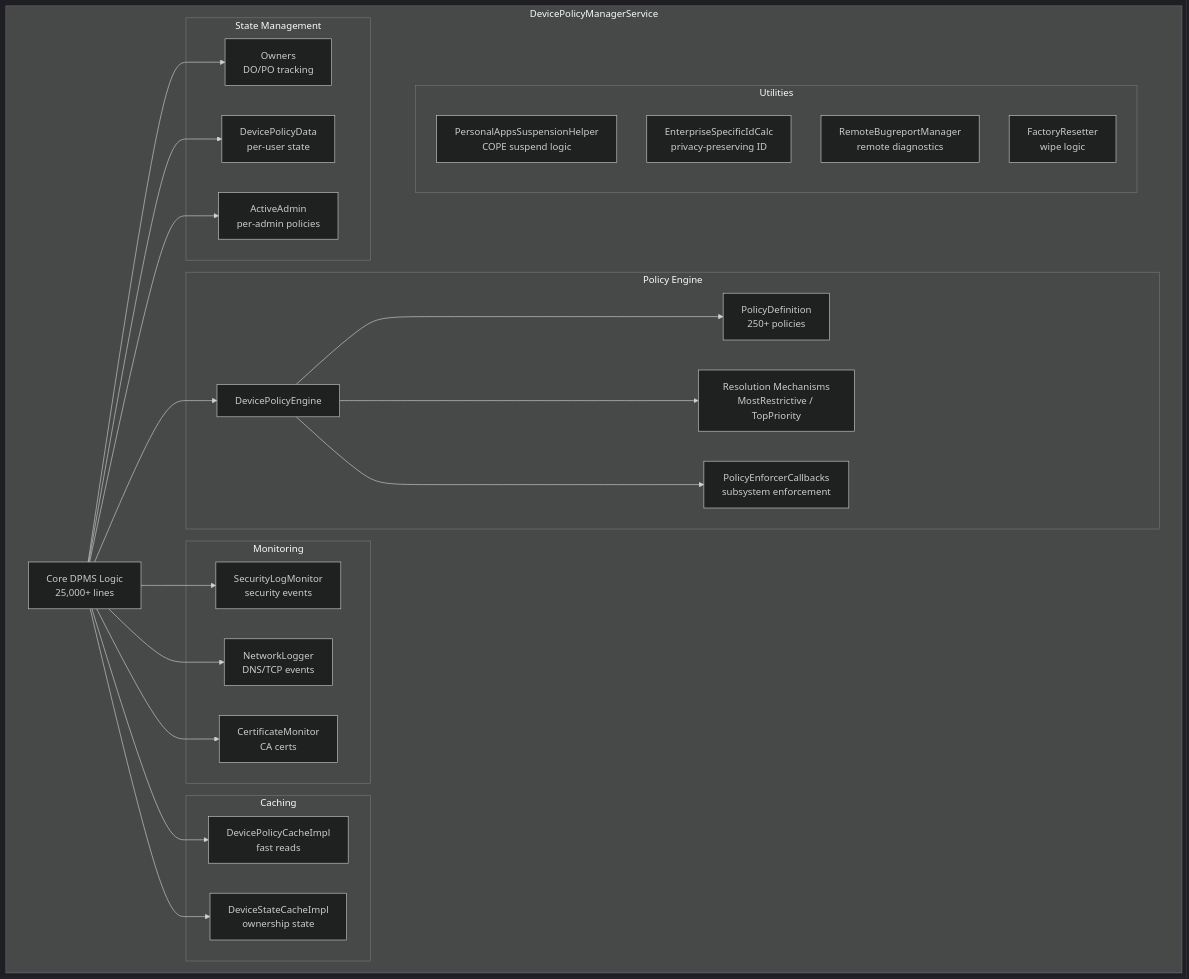
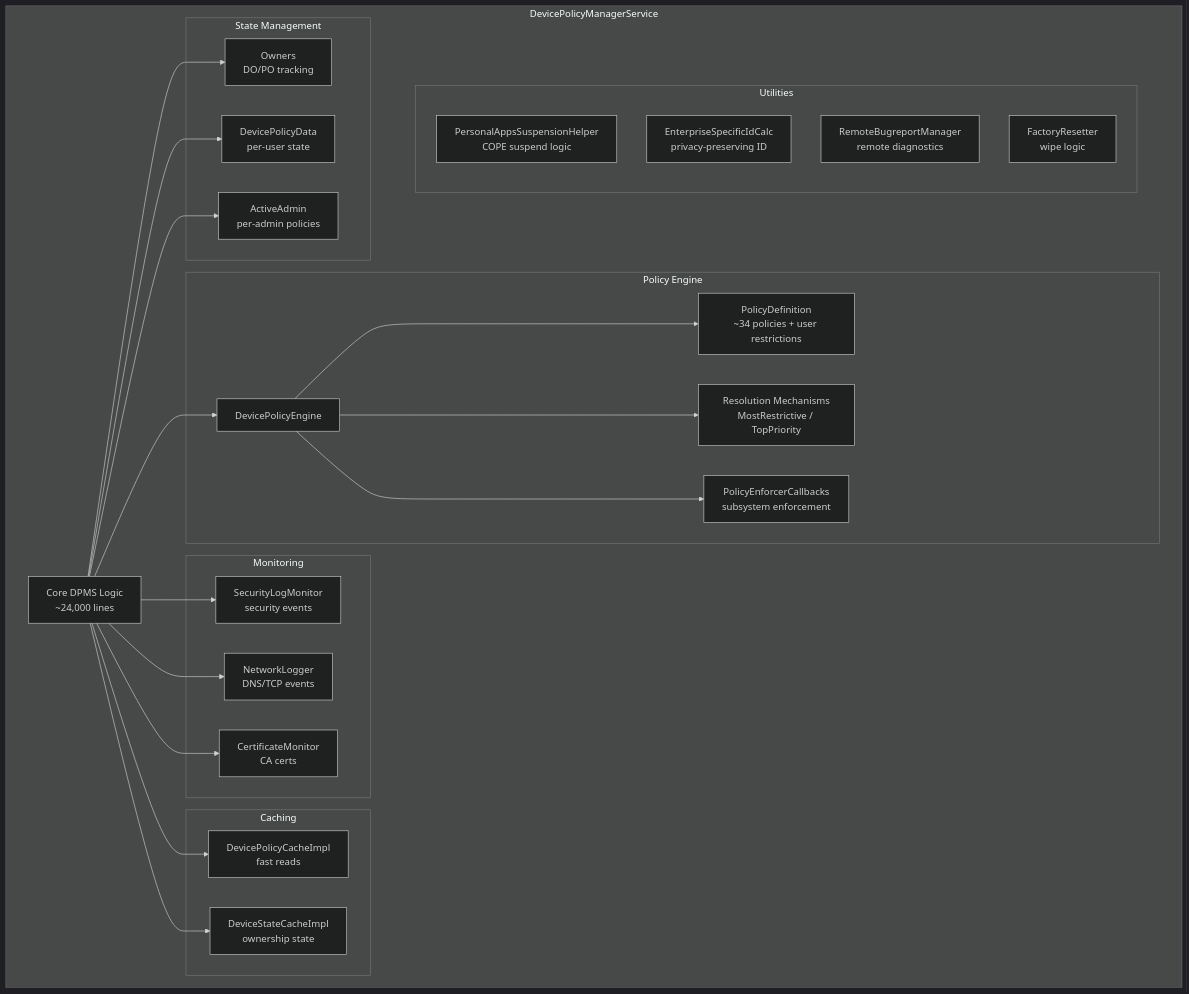
One commit to aospbooks/aosp-internal-book changed the fourth of 30 diagrams in agents/claude/skills/aosp-device-support/61-device-policy.md. Above: the diagram before and after it, drawn with Mermaid (dark theme). The commit also changed other lines of this file and 218 other files, not shown here.

````diff
--- a/agents/claude/skills/aosp-device-support/61-device-policy.md
+++ b/agents/claude/skills/aosp-device-support/61-device-policy.md
@@ -372,50 +379,50 @@
 ```mermaid
 graph TB
     subgraph "DevicePolicyManagerService"
-        CORE["Core DPMS Logic<br/>25,000+ lines"]
+        CORE["Core DPMS Logic<br/>~24,000 lines"]
 
         subgraph "State Management"
             OWNERS["Owners<br/>DO/PO tracking"]
             DPD["DevicePolicyData<br/>per-user state"]
             AA["ActiveAdmin<br/>per-admin policies"]
         end
 
         subgraph "Policy Engine"
             ENGINE[DevicePolicyEngine]
-            PDEF["PolicyDefinition<br/>250+ policies"]
+            PDEF["PolicyDefinition<br/>~34 policies + user restrictions"]
             RESOLVE["Resolution Mechanisms<br/>MostRestrictive / TopPriority"]
             ENFORCE["PolicyEnforcerCallbacks<br/>subsystem enforcement"]
         end
 
         subgraph "Monitoring"
             SECLOG["SecurityLogMonitor<br/>security events"]
             NETLOG["NetworkLogger<br/>DNS/TCP events"]
             CERTMON["CertificateMonitor<br/>CA certs"]
         end
 
         subgraph "Caching"
             DPCACHE["DevicePolicyCacheImpl<br/>fast reads"]
             DSCACHE["DeviceStateCacheImpl<br/>ownership state"]
         end
 
         subgraph "Utilities"
             PSH["PersonalAppsSuspensionHelper<br/>COPE suspend logic"]
             ESID["EnterpriseSpecificIdCalc<br/>privacy-preserving ID"]
             BUG["RemoteBugreportManager<br/>remote diagnostics"]
             FACT["FactoryResetter<br/>wipe logic"]
         end
     end
 
     CORE --> OWNERS
     CORE --> DPD
     CORE --> AA
     CORE --> ENGINE
     ENGINE --> PDEF
     ENGINE --> RESOLVE
     ENGINE --> ENFORCE
     CORE --> SECLOG
     CORE --> NETLOG
     CORE --> CERTMON
     CORE --> DPCACHE
     CORE --> DSCACHE
 ```
````
